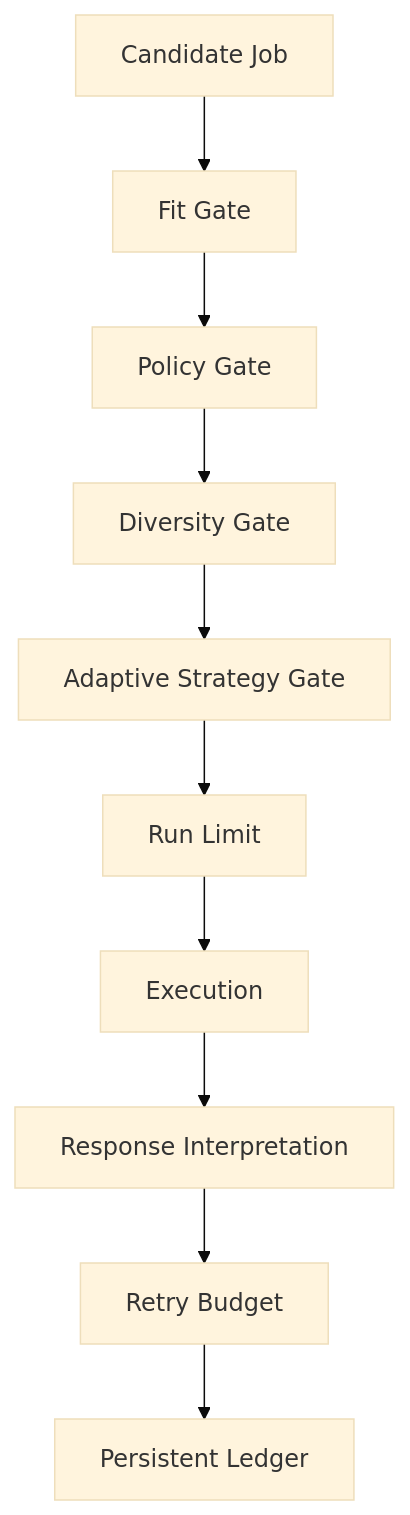
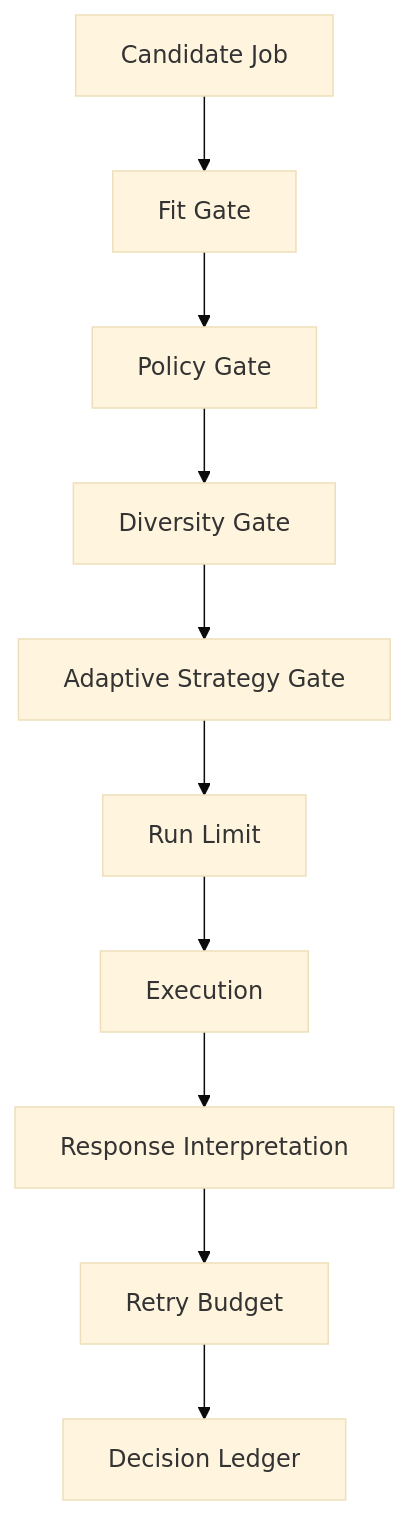
The ninth of 11 diagrams in README.md (areddy1805/career-workflow-next), drawn with Mermaid (base theme) before and after one commit. The commit also changed other lines of this file and 2 other files, not shown here.

````diff
--- a/README.md
+++ b/README.md
@@ -501,12 +530,12 @@
 ```mermaid
 flowchart TD
     A[Candidate Job] --> B[Fit Gate]
     B --> C[Policy Gate]
     C --> D[Diversity Gate]
     D --> E[Adaptive Strategy Gate]
     E --> F[Run Limit]
     F --> G[Execution]
     G --> H[Response Interpretation]
     H --> I[Retry Budget]
-    I --> J[Persistent Ledger]
+    I --> J[Decision Ledger]
 ```
````
